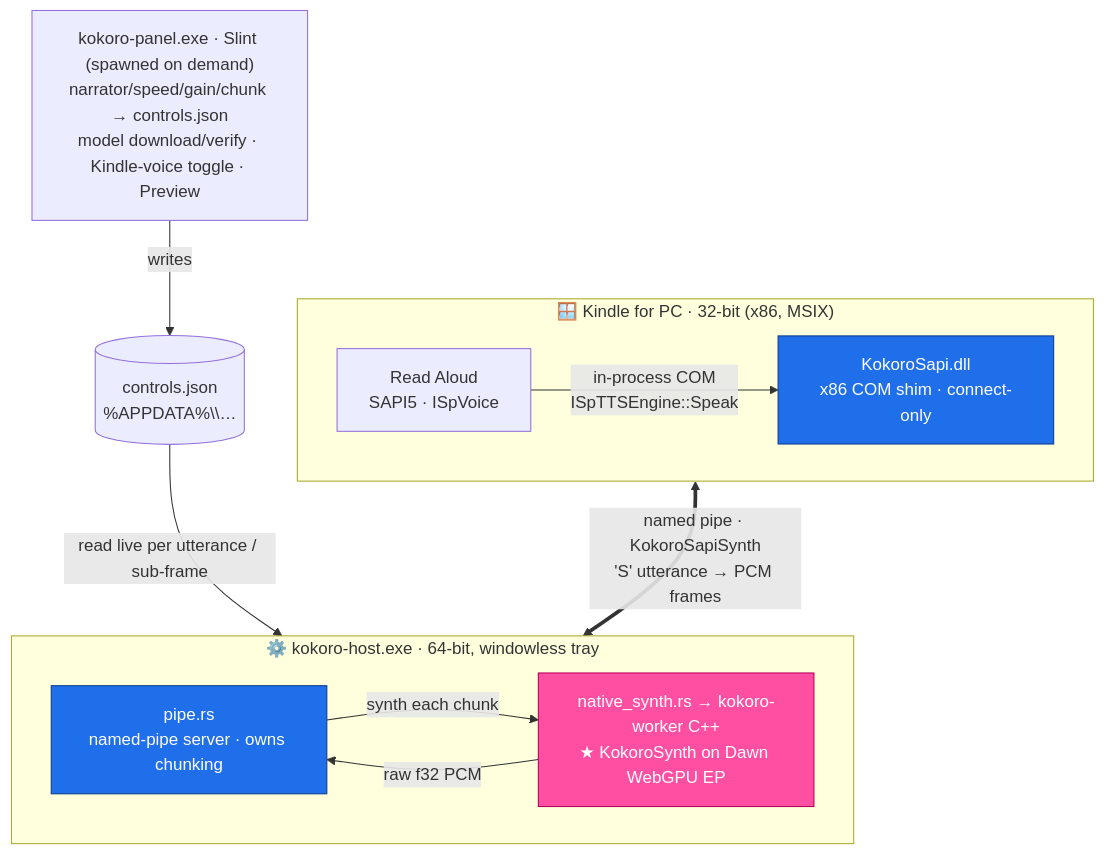
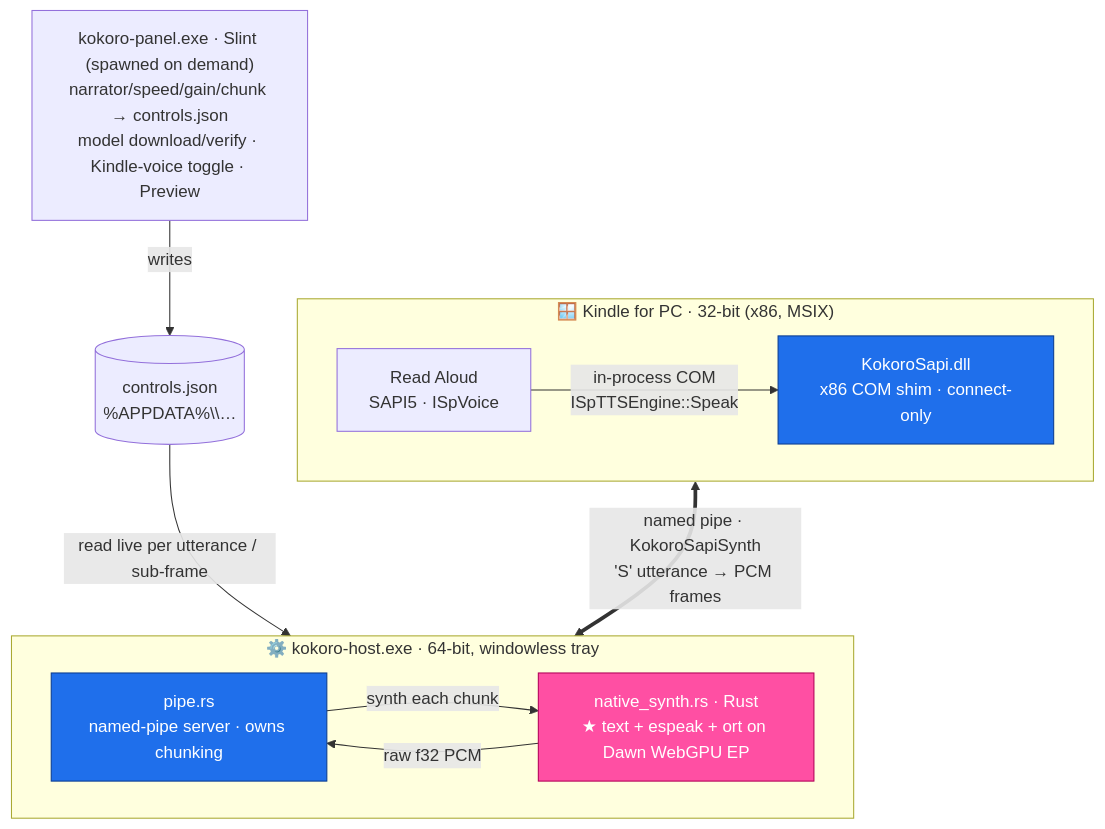
Before and after one commit to phc260/kokoro-kindle-reader: the diagram in ARCHITECTURE.md, drawn with Mermaid. The commit also changed other lines of this file and 17 other files, not shown here.

````diff
--- a/ARCHITECTURE.md
+++ b/ARCHITECTURE.md
@@ -21,29 +22,29 @@
 ```mermaid
 flowchart TB
   subgraph K["🪟 Kindle for PC · 32-bit (x86, MSIX)"]
     direction LR
     RA["Read Aloud<br/>SAPI5 · ISpVoice"]
     DLL["KokoroSapi.dll<br/>x86 COM shim · connect-only"]
     RA -->|"in-process COM<br/>ISpTTSEngine::Speak"| DLL
   end
 
   subgraph H["⚙️ kokoro-host.exe · 64-bit, windowless tray"]
     direction LR
     PIPE["pipe.rs<br/>named-pipe server · owns chunking"]
-    SYNTH["native_synth.rs → kokoro-worker C++<br/>★ KokoroSynth on Dawn WebGPU EP"]
+    SYNTH["native_synth.rs · Rust<br/>★ text + espeak + ort on Dawn WebGPU EP"]
     PIPE -->|"synth each chunk"| SYNTH
     SYNTH -->|"raw f32 PCM"| PIPE
   end
 
   PANEL["kokoro-panel.exe · Slint (spawned on demand)<br/>narrator/speed/gain/chunk → controls.json<br/>model download/verify · Kindle-voice toggle · Preview"]
   CFG[("controls.json<br/>%APPDATA%\\…")]
   PANEL -->|writes| CFG
   CFG -->|"read live per utterance / sub-frame"| PIPE
 
   DLL <==>|"named pipe · KokoroSapiSynth<br/>'S' utterance → PCM frames"| PIPE
 
   classDef engine fill:#ff4fa3,stroke:#b30059,color:#ffffff;
   classDef shim fill:#1f6feb,stroke:#0b3d91,color:#ffffff;
   class SYNTH engine
   class DLL,PIPE shim
 ```
````
